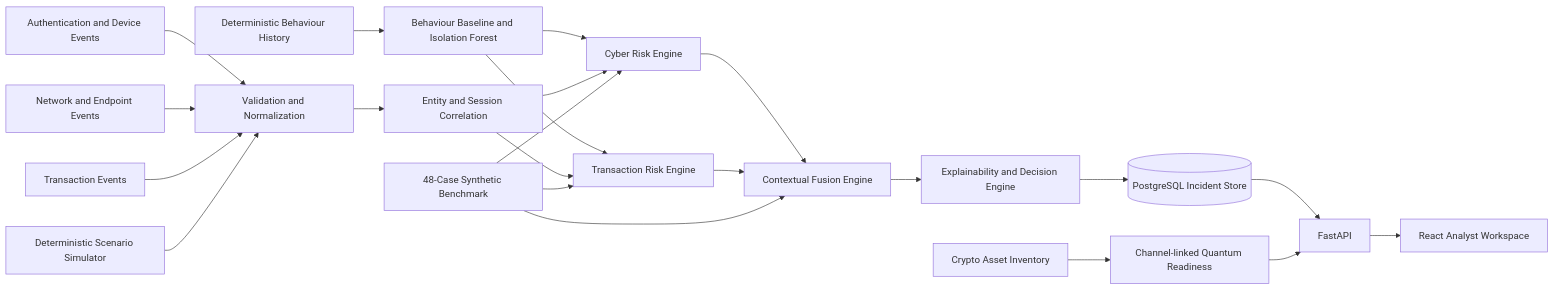
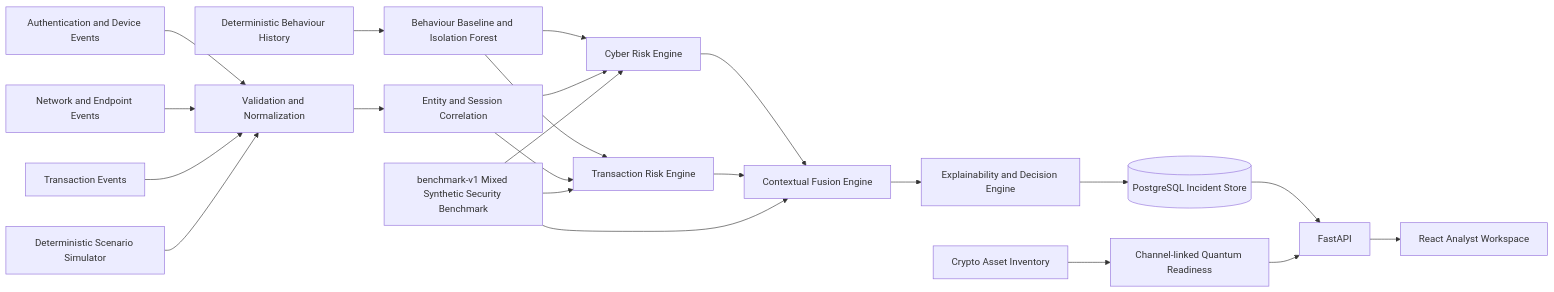
One commit to shreybansal365/riskweave-ai changed the diagram in ARCHITECTURE.md. Above: the diagram before and after it, drawn with Mermaid. The commit also changed other lines of this file and 61 other files, not shown here.

````diff
--- a/ARCHITECTURE.md
+++ b/ARCHITECTURE.md
@@ -14,24 +14,24 @@
 ```mermaid
 flowchart LR
     A[Authentication and Device Events] --> N[Validation and Normalization]
     B[Network and Endpoint Events] --> N
     C[Transaction Events] --> N
     D[Deterministic Behaviour History] --> P[Behaviour Baseline and Isolation Forest]
     N --> E[Entity and Session Correlation]
     P --> F[Cyber Risk Engine]
     P --> G[Transaction Risk Engine]
     E --> F
     E --> G
     F --> H[Contextual Fusion Engine]
     G --> H
     H --> I[Explainability and Decision Engine]
     I --> J[(PostgreSQL Incident Store)]
     J --> K[FastAPI]
     K --> L[React Analyst Workspace]
     M[Deterministic Scenario Simulator] --> N
-    T[48-Case Synthetic Benchmark] --> F
+    T[benchmark-v1 Mixed Synthetic Security Benchmark] --> F
     T --> G
     T --> H
     Q[Crypto Asset Inventory] --> R[Channel-linked Quantum Readiness]
     R --> K
 ```
````
